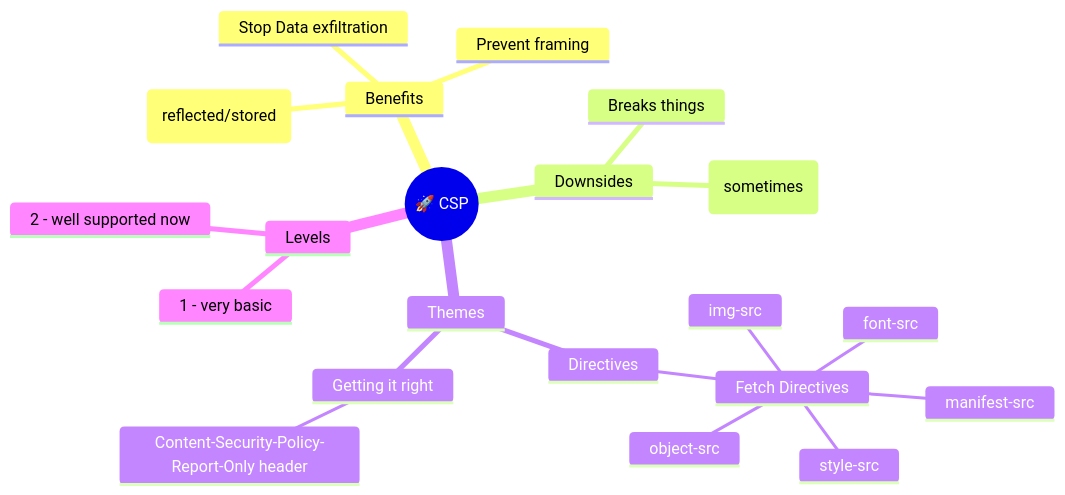
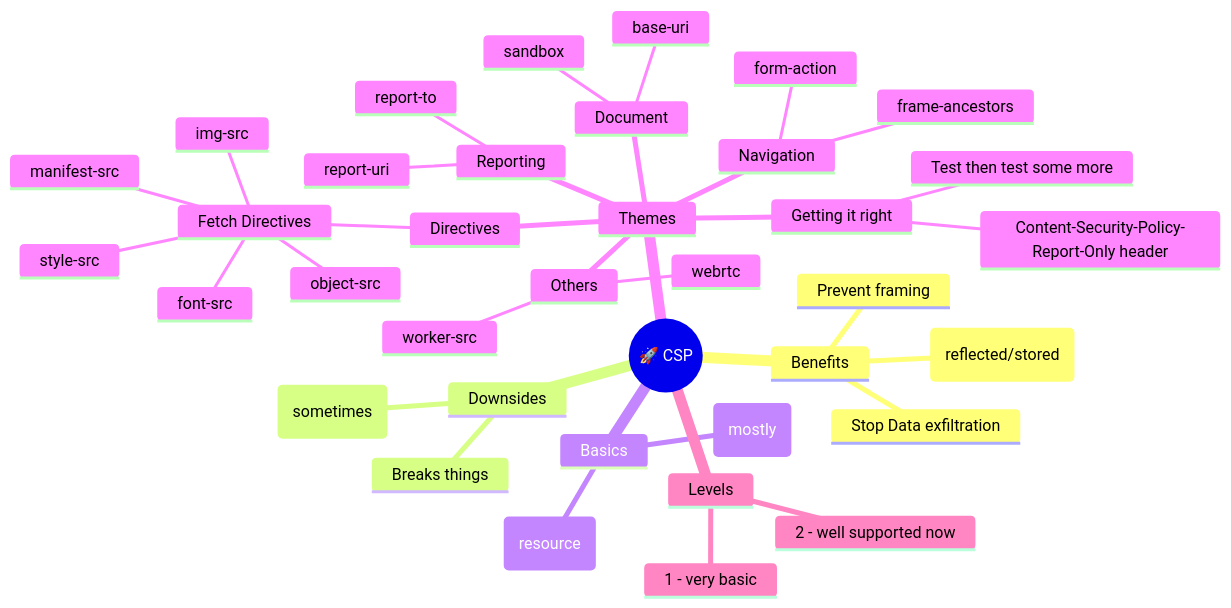
Before and after one commit to gitstua/Mindmaps: the diagram in csp.md, drawn with Mermaid.

Commit message:
Add navigation and reporting sections to csp.md

````diff
--- a/csp.md
+++ b/csp.md
@@ -3,29 +3,44 @@
 ```mermaid
 mindmap
   root((🚀 CSP ))
     Benefits
       XSS (reflected/stored)
       Stop Data exfiltration
       Prevent framing
     Downsides
       Breaks things
       Not supported in every browser in the same way (sometimes)
+    Basics
+      Returned as a header or a meta tag (mostly)
+      Can be different per page (resource)
     Themes
       Directives
         Fetch Directives
           manifest-src
           img-src
           font-src
           object-src
           style-src
-
+      Navigation
+        frame-ancestors
+        form-action
+      Reporting
+        report-uri
+        report-to
+      Document
+        sandbox
+        base-uri
+      Others
+        worker-src
+        webrtc
       Getting it right
         Content-Security-Policy-Report-Only header
+        Test then test some more
         
         
         
     Levels
       1 - very basic
       2 - well supported now
         
 ```
````
